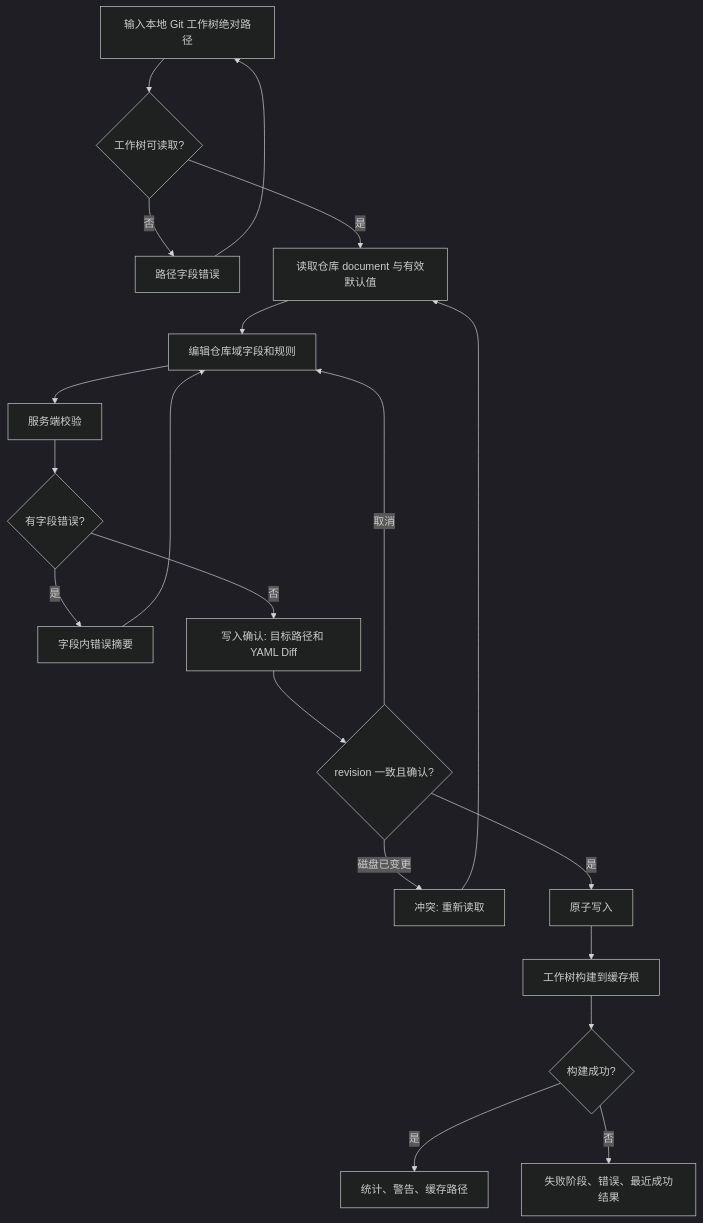
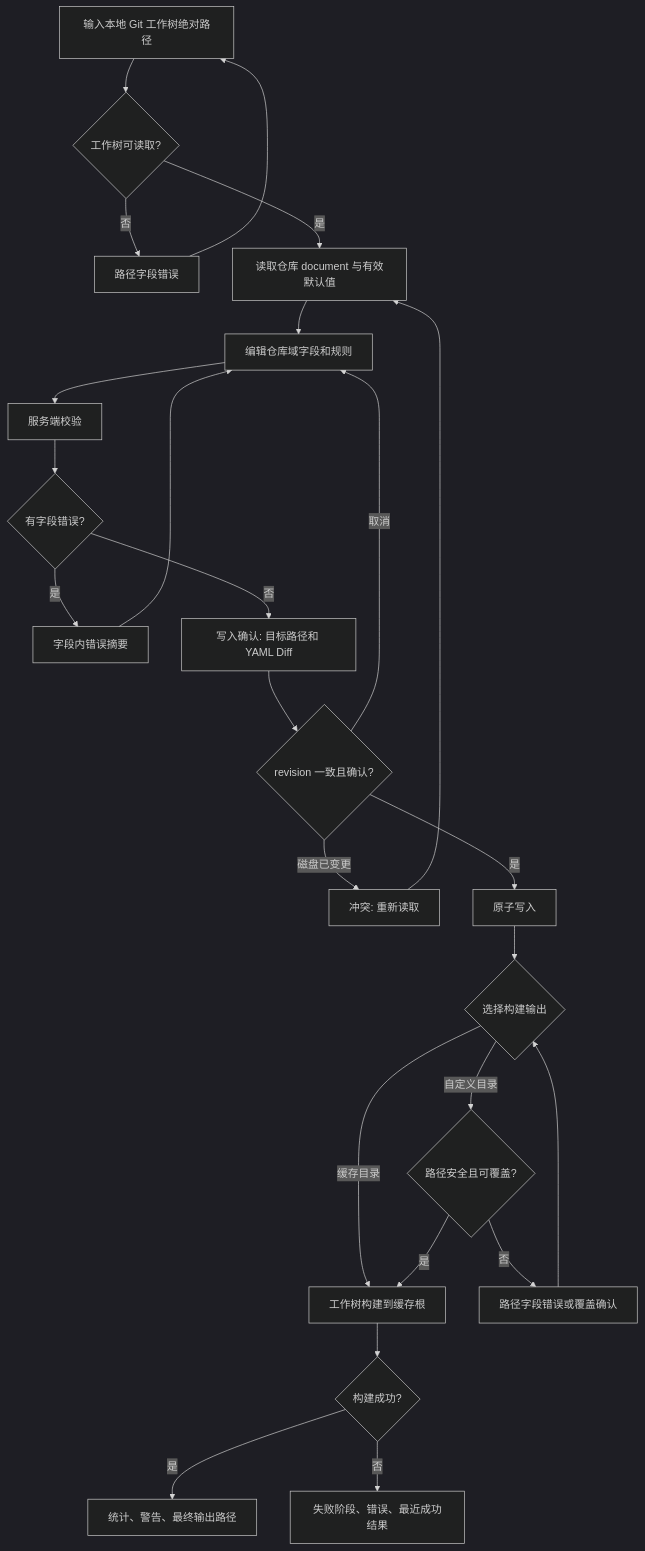
Before and after one commit to ConteMan/repolens: the diagram in docs/design/ui/flows/m6-config-ui.md, drawn with Mermaid (dark theme). The commit also changed other lines of this file and 32 other files, not shown here.

````diff
--- a/docs/design/ui/flows/m6-config-ui.md
+++ b/docs/design/ui/flows/m6-config-ui.md
@@ -3,22 +3,27 @@
 ```mermaid
 flowchart TD
   A[输入本地 Git 工作树绝对路径] --> B{工作树可读取?}
   B -- 否 --> C[路径字段错误]
   C --> A
   B -- 是 --> D[读取仓库 document 与有效默认值]
   D --> E[编辑仓库域字段和规则]
   E --> F[服务端校验]
   F --> G{有字段错误?}
   G -- 是 --> H[字段内错误摘要]
   H --> E
   G -- 否 --> I[写入确认: 目标路径和 YAML Diff]
   I --> J{revision 一致且确认?}
   J -- 磁盘已变更 --> K[冲突: 重新读取]
   K --> D
   J -- 取消 --> E
   J -- 是 --> L[原子写入]
-  L --> M[工作树构建到缓存根]
-  M --> N{构建成功?}
-  N -- 是 --> O[统计、警告、缓存路径]
-  N -- 否 --> P[失败阶段、错误、最近成功结果]
+  L --> M{选择构建输出}
+  M -- 缓存目录 --> N[工作树构建到缓存根]
+  M -- 自定义目录 --> Q{路径安全且可覆盖?}
+  Q -- 否 --> R[路径字段错误或覆盖确认]
+  R --> M
+  Q -- 是 --> N
+  N --> S{构建成功?}
+  S -- 是 --> O[统计、警告、最终输出路径]
+  S -- 否 --> P[失败阶段、错误、最近成功结果]
 ```
````
